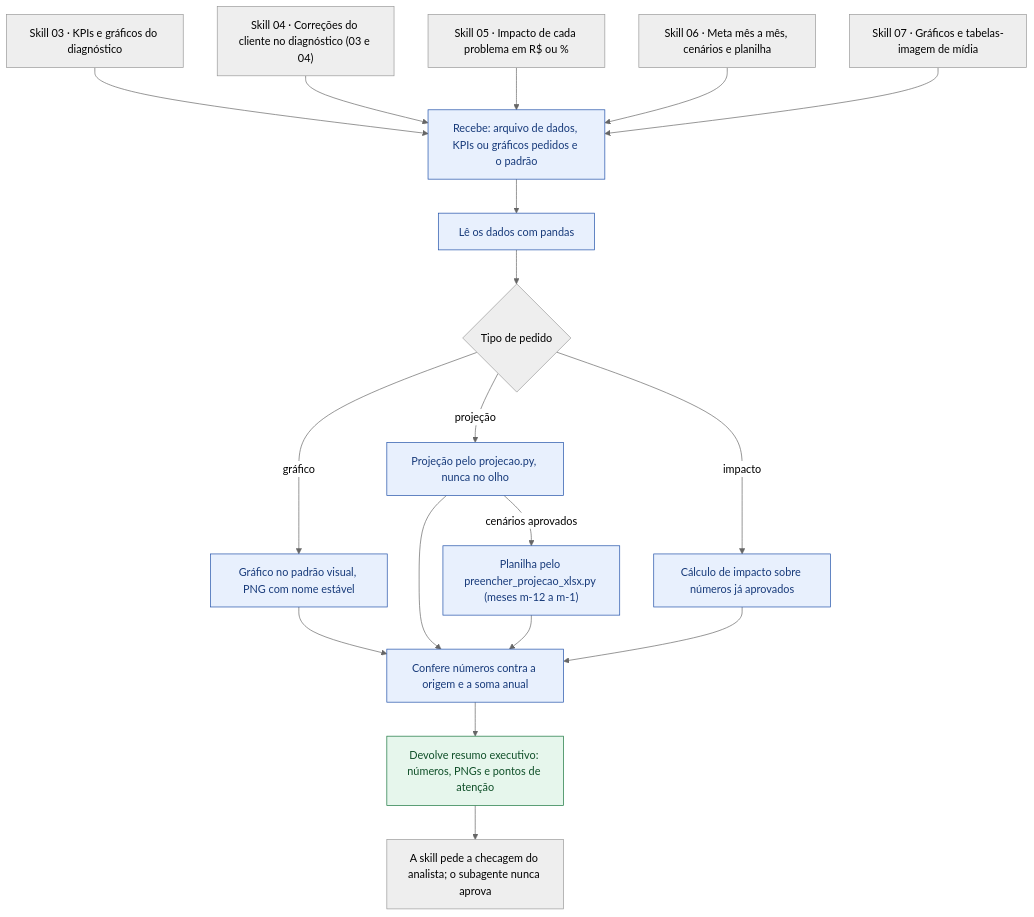
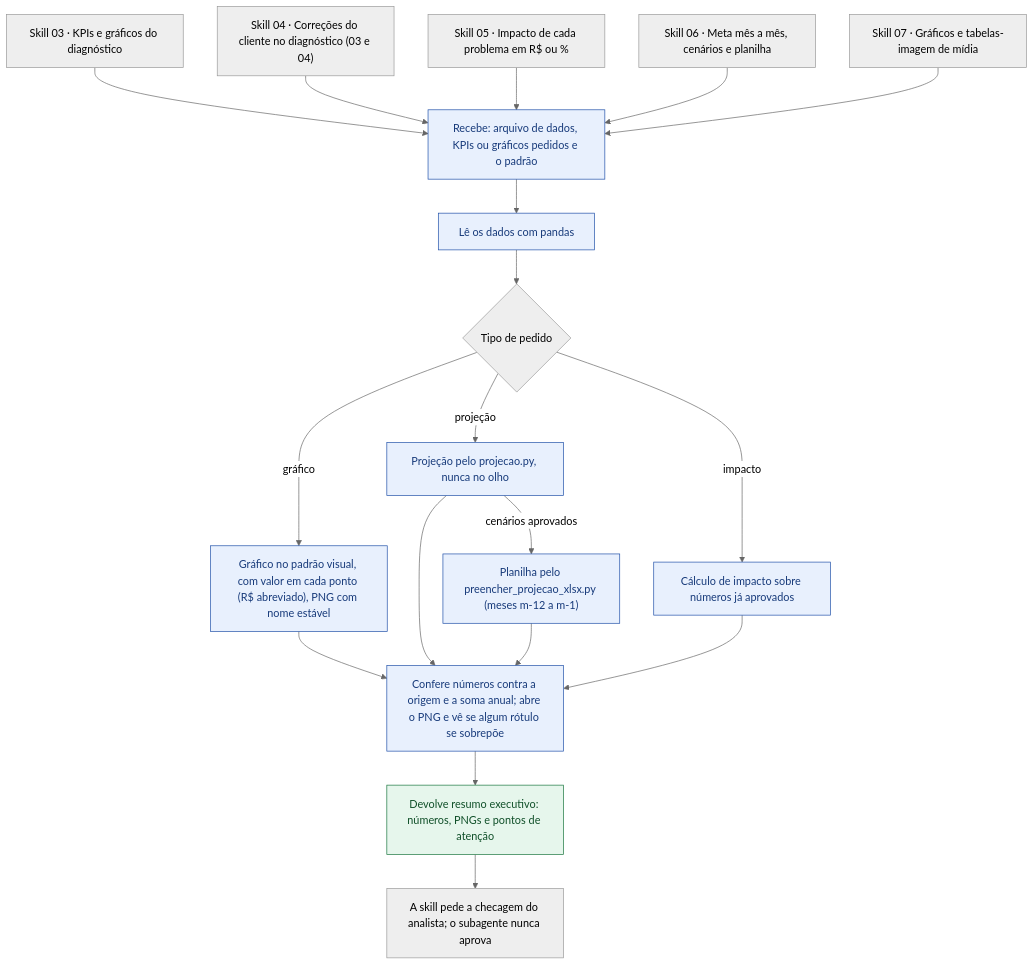
The diagram in .claude/agents/analista-dados.fluxo.mmd (MatheusBoomer/growth-cycle-boomer), drawn with Mermaid (neutral theme) before and after one commit. The commit also changed 12 other files, not shown here.

```diff
--- a/.claude/agents/analista-dados.fluxo.mmd
+++ b/.claude/agents/analista-dados.fluxo.mmd
@@ -1,40 +1,40 @@
 flowchart TD
   S03["Skill 03 · KPIs e gráficos do diagnóstico"]
   S04["Skill 04 · Correções do cliente no diagnóstico (03 e 04)"]
   S05["Skill 05 · Impacto de cada problema em R$ ou %"]
   S06["Skill 06 · Meta mês a mês, cenários e planilha"]
   S07["Skill 07 · Gráficos e tabelas-imagem de mídia"]
   R1["Recebe: arquivo de dados, KPIs ou gráficos pedidos e o padrão"]
   P1["Lê os dados com pandas"]
   D1{"Tipo de pedido"}
-  G1["Gráfico no padrão visual, PNG com nome estável"]
+  G1["Gráfico no padrão visual, com valor em cada ponto (R$ abreviado), PNG com nome estável"]
   G2["Projeção pelo projecao.py, nunca no olho"]
   G3["Planilha pelo preencher_projecao_xlsx.py (meses m-12 a m-1)"]
   G4["Cálculo de impacto sobre números já aprovados"]
-  P2["Confere números contra a origem e a soma anual"]
+  P2["Confere números contra a origem e a soma anual; abre o PNG e vê se algum rótulo se sobrepõe"]
   E1["Devolve resumo executivo: números, PNGs e pontos de atenção"]
   CK["A skill pede a checagem do analista; o subagente nunca aprova"]
 
   S03 --> R1
   S04 --> R1
   S05 --> R1
   S06 --> R1
   S07 --> R1
   R1 --> P1
   P1 --> D1
   D1 -->|"gráfico"| G1
   D1 -->|"projeção"| G2
   G2 -->|"cenários aprovados"| G3
   D1 -->|"impacto"| G4
   G1 --> P2
   G2 --> P2
   G3 --> P2
   G4 --> P2
   P2 --> E1
   E1 --> CK
 
   class R1,P1,G1,G2,G3,G4,P2 subagente
   class E1 entrega
   classDef checkpoint fill:#fff1e6,stroke:#e8803a,color:#7a3d0c
   classDef subagente fill:#e8f0fd,stroke:#1f4fa8,color:#173a7a
   classDef entrega fill:#e6f6ec,stroke:#16743b,color:#0f4f28
```
